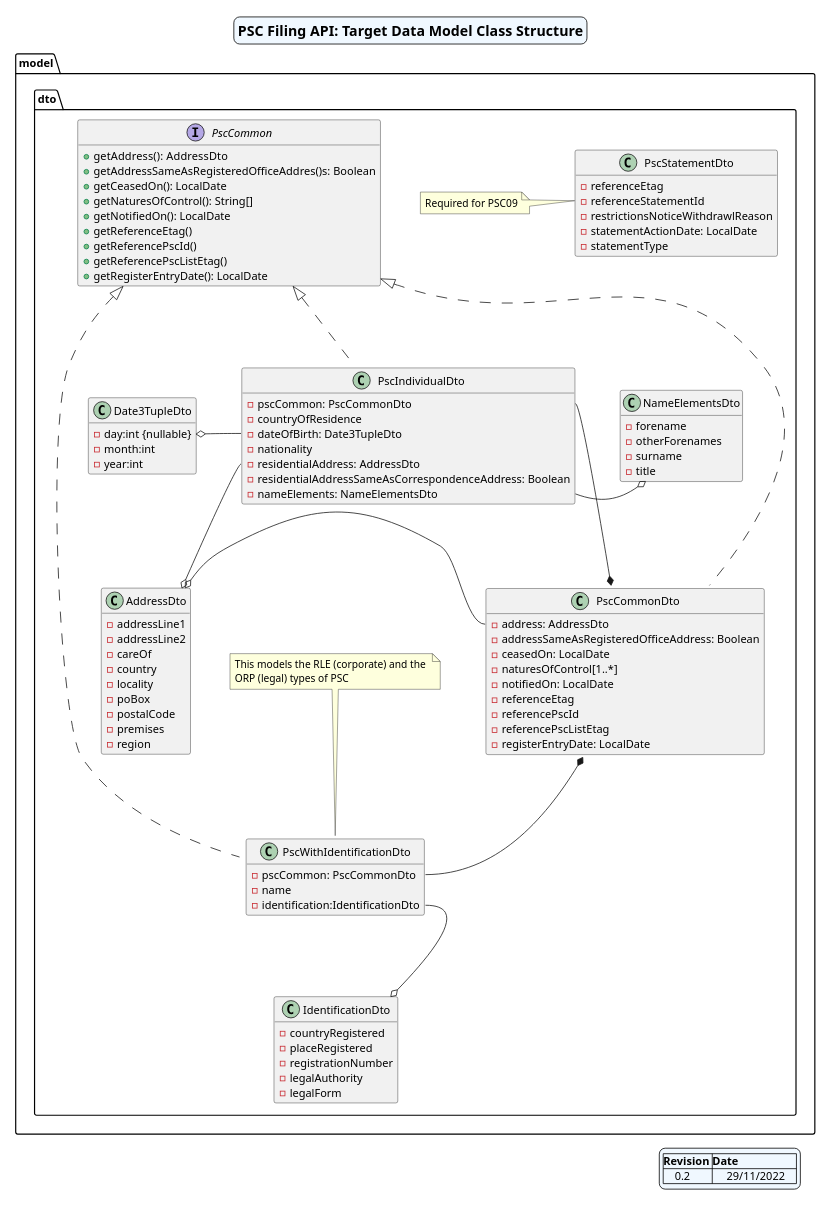
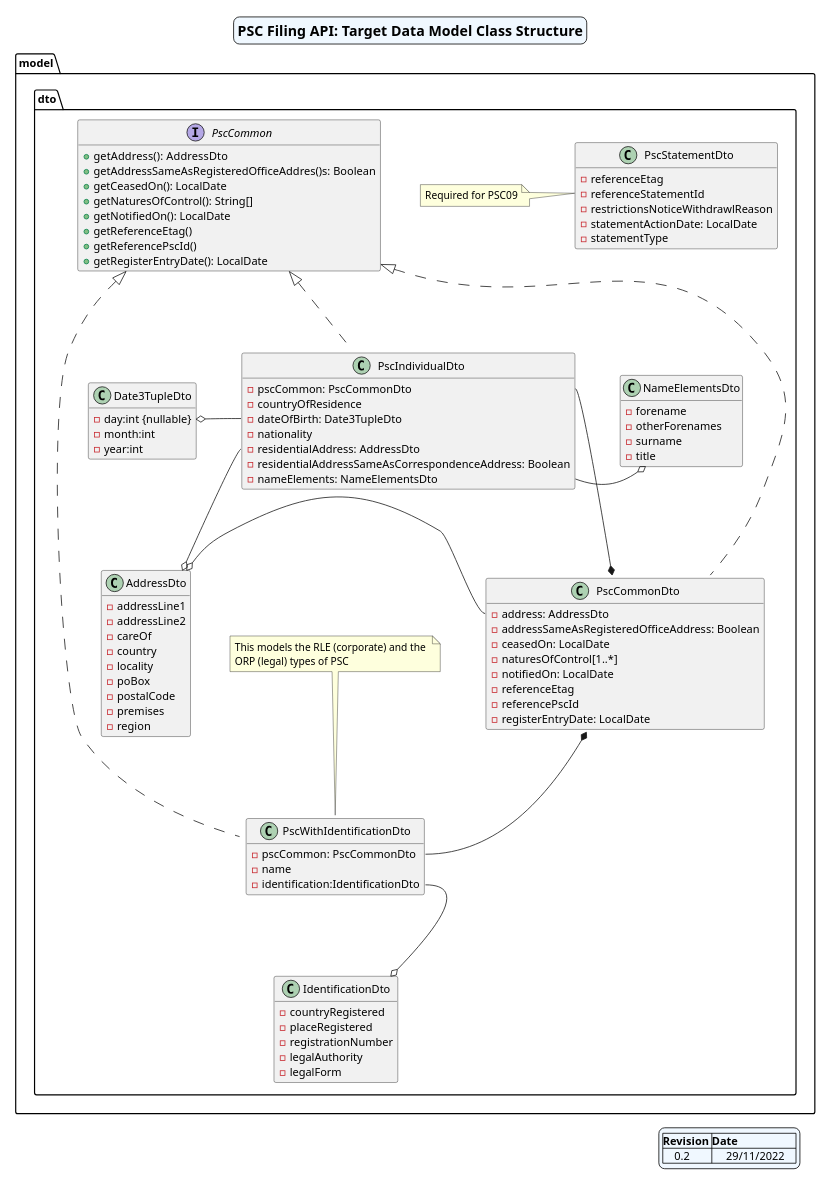
One commit to companieshouse/psc-filing-api changed the diagram in docs/Target Data Model of PSC Classes.puml. Above: the diagram before and after it, drawn with PlantUML. The commit also changed 15 other files, not shown here.

```diff
--- a/docs/Target Data Model of PSC Classes.puml
+++ b/docs/Target Data Model of PSC Classes.puml
@@ -1,142 +1,140 @@
 @startuml
 'https://plantuml.com/class-diagram
 'ortho/polyline
 'skinparam linetype polyline
 skinparam nodesep 50 /' horizontal separator '/
 skinparam ranksep 100 /' vertical separator '/
 skinparam titleBorderRoundCorner 15
 skinparam titleBorderThickness 1
 skinparam titleBorderColor black
 skinparam titleBackgroundColor AliceBlue
 skinparam groupInheritance 1
 skinparam legendBackgroundColor AliceBlue
 
 'scale 800 width
 scale 0.5
 hide empty members
 'hide circle'
 skinparam titleFontSize 18
 
 title PSC Filing API: Target Data Model Class Structure
 
 legend right
 |=Revision |=Date |
 |    0.2    |     29/11/2022    |
 endlegend
 
     package "model" {
 
         package "dto" {
 
             class AddressDto {
                 -addressLine1
                 -addressLine2
                 -careOf
                 -country
                 -locality
                 -poBox
                 -postalCode
                 -premises
                 -region
             }
 
             class Date3TupleDto {
                 -day:int {nullable}
                 -month:int
                 -year:int
             }
 
             class IdentificationDto {
                 -countryRegistered
                 -placeRegistered
                 -registrationNumber
                 -legalAuthority
                -legalForm
             }
 
             class NameElementsDto {
                 -forename
                 -otherForenames
                 -surname
                 -title
             }
             
             class PscStatementDto {
                 -referenceEtag
                 -referenceStatementId
                 -restrictionsNoticeWithdrawlReason
                 -statementActionDate: LocalDate
                 -statementType
             }
 
             note "Required for PSC09" as Note2
 
           Note2 - PscStatementDto::referenceStatementId
 
 /'          note left of PscStatementDto::statementType
                 See public spec for full list
            end note'/
 
             interface PscCommon {
                 +getAddress():  AddressDto
                 +getAddressSameAsRegisteredOfficeAddres()s: Boolean
                 +getCeasedOn(): LocalDate
                 +getNaturesOfControl(): String[]
                 +getNotifiedOn(): LocalDate
                 +getReferenceEtag()
                 +getReferencePscId()
-                +getReferencePscListEtag()
                 +getRegisterEntryDate(): LocalDate
             }
 
             class PscCommonDto implements PscCommon {
                 -address: AddressDto
                 -addressSameAsRegisteredOfficeAddress: Boolean
                 -ceasedOn: LocalDate
                 -naturesOfControl[1..*]
                 -notifiedOn: LocalDate
                 -referenceEtag
                 -referencePscId
-                -referencePscListEtag
                 -registerEntryDate: LocalDate
             }
 
 /'           note left of PscCommonDto::naturesOfControl
                 See public spec for full list
             end note'/
 
             class PscIndividualDto implements PscCommon {
                 -pscCommon: PscCommonDto
                 -countryOfResidence
                 -dateOfBirth: Date3TupleDto
                 -nationality
                 -residentialAddress: AddressDto
                 -residentialAddressSameAsCorrespondenceAddress: Boolean
                 -nameElements: NameElementsDto
             }
 
 /'           note "This models an individual PSC" as Note2
              Note2 .. PscIndividualDto'/
 
             class PscWithIdentificationDto implements PscCommon {
                 -pscCommon: PscCommonDto
                 -name
                 -identification:IdentificationDto
             }
             
             
            note "This models the RLE (corporate) and the \nORP (legal) types of PSC" as Note1
                 Note1 -- PscWithIdentificationDto
 
             'PscCommonDto *-- PscIndividualDto::pscCommon
             PscCommonDto *-- PscIndividualDto::pscCommon
             PscCommonDto *-- PscWithIdentificationDto::pscCommon
             PscIndividualDto::nameElements -o NameElementsDto
             PscWithIdentificationDto::identification --o IdentificationDto
             AddressDto o- PscCommonDto::address
             PscIndividualDto::residentialAddress -o AddressDto
             Date3TupleDto o- PscIndividualDto::dateOfBirth
         }
     }
 
 @enduml
```
